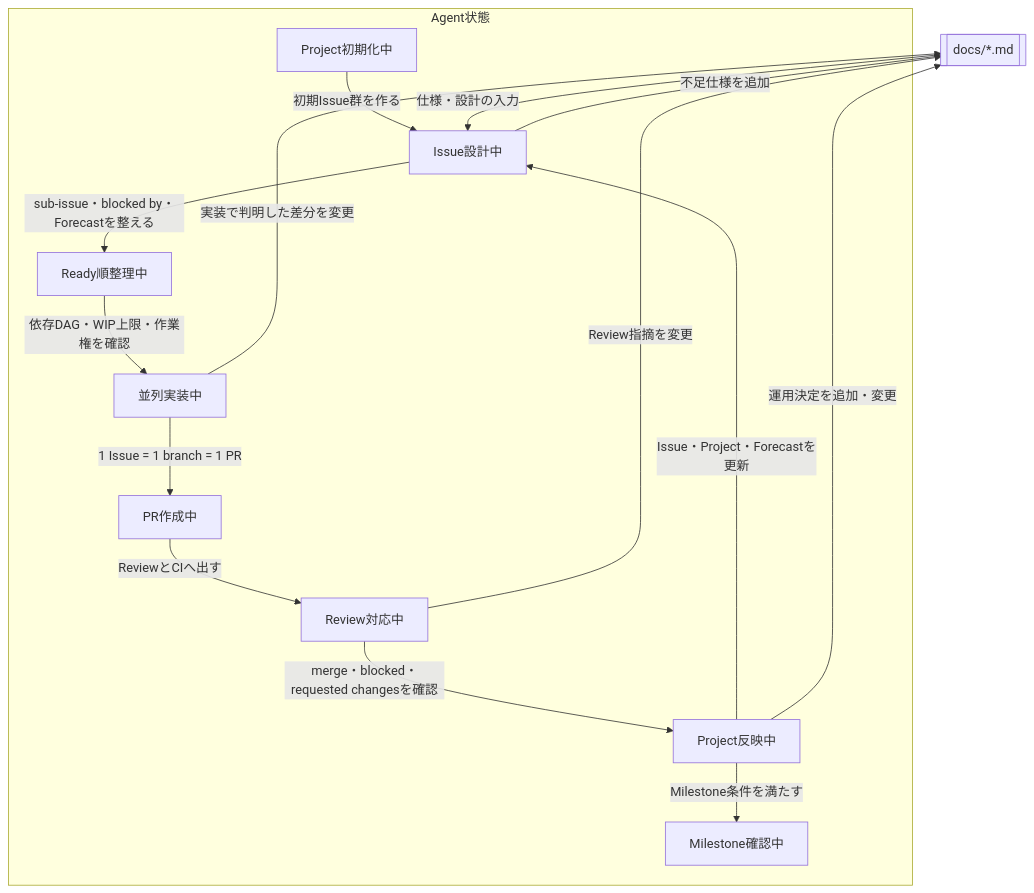
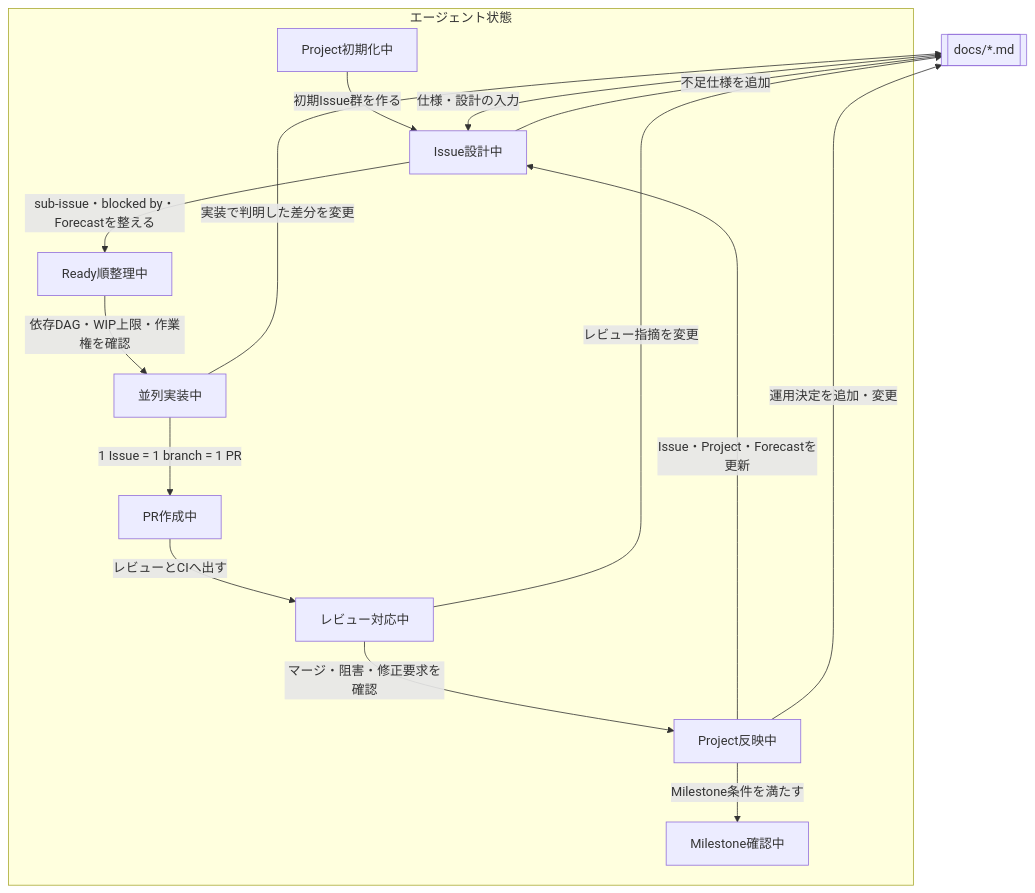
The diagram in github-project-ops/SKILL.md (ReoHakase/skills), drawn with Mermaid before and after one commit. The commit also changed other lines of this file and 19 other files, not shown here.

````diff
--- a/github-project-ops/SKILL.md
+++ b/github-project-ops/SKILL.md
@@ -95,30 +97,30 @@
 ```mermaid
 flowchart TD
     docsMd[["docs/*.md"]]
 
-    subgraph agentStates["Agent状態"]
+    subgraph agentStates["エージェント状態"]
         projectBootstrap["Project初期化中"]
         issuePlanning["Issue設計中"]
         readyOrdering["Ready順整理中"]
         parallelImplementation["並列実装中"]
         pullRequestDrafting["PR作成中"]
-        reviewHandling["Review対応中"]
+        reviewHandling["レビュー対応中"]
         projectSync["Project反映中"]
         milestoneReview["Milestone確認中"]
     end
 
     projectBootstrap -->|"初期Issue群を作る"| issuePlanning
     issuePlanning -->|"sub-issue・blocked by・Forecastを整える"| readyOrdering
     readyOrdering -->|"依存DAG・WIP上限・作業権を確認"| parallelImplementation
     parallelImplementation -->|"1 Issue = 1 branch = 1 PR"| pullRequestDrafting
-    pullRequestDrafting -->|"ReviewとCIへ出す"| reviewHandling
-    reviewHandling -->|"merge・blocked・requested changesを確認"| projectSync
+    pullRequestDrafting -->|"レビューとCIへ出す"| reviewHandling
+    reviewHandling -->|"マージ・阻害・修正要求を確認"| projectSync
     projectSync -->|"Issue・Project・Forecastを更新"| issuePlanning
     projectSync -->|"Milestone条件を満たす"| milestoneReview
 
     docsMd -->|"仕様・設計の入力"| issuePlanning
     issuePlanning -->|"不足仕様を追加"| docsMd
     parallelImplementation -->|"実装で判明した差分を変更"| docsMd
-    reviewHandling -->|"Review指摘を変更"| docsMd
+    reviewHandling -->|"レビュー指摘を変更"| docsMd
     projectSync -->|"運用決定を追加・変更"| docsMd
 ```
````
